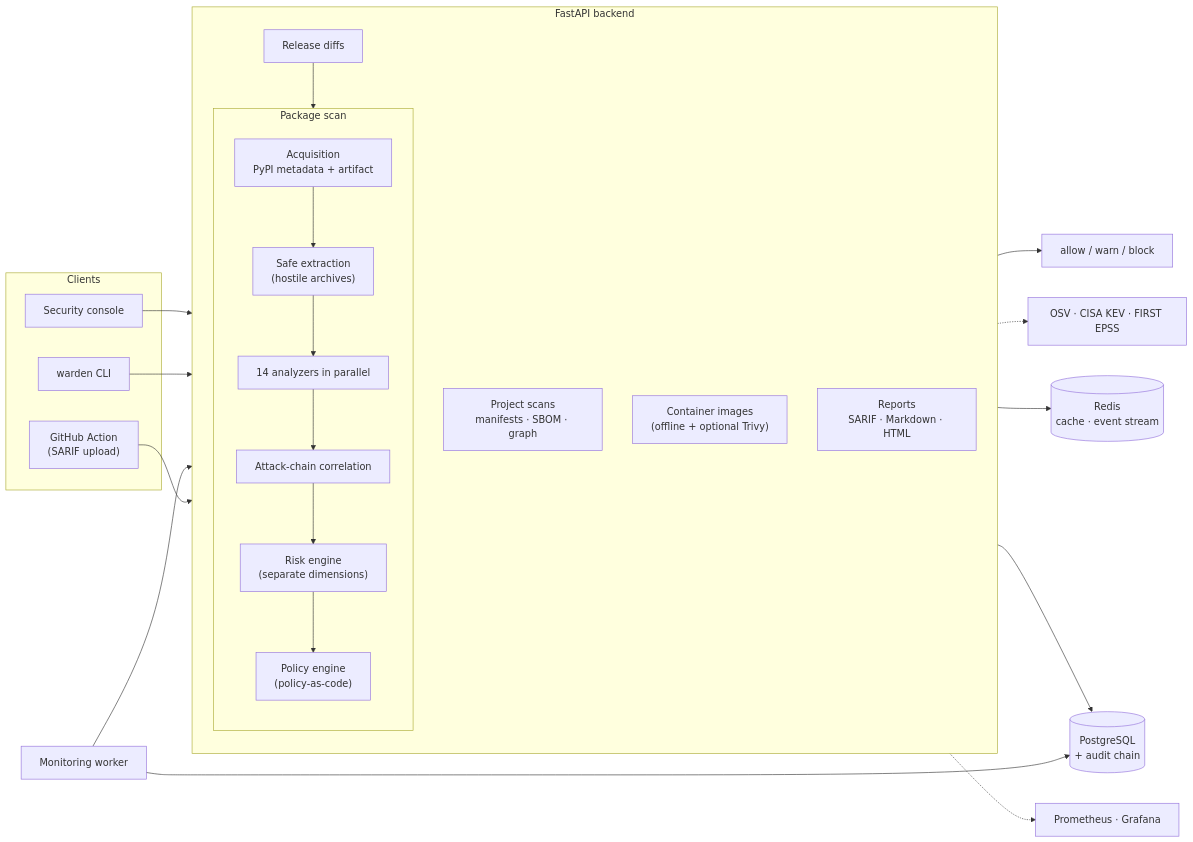
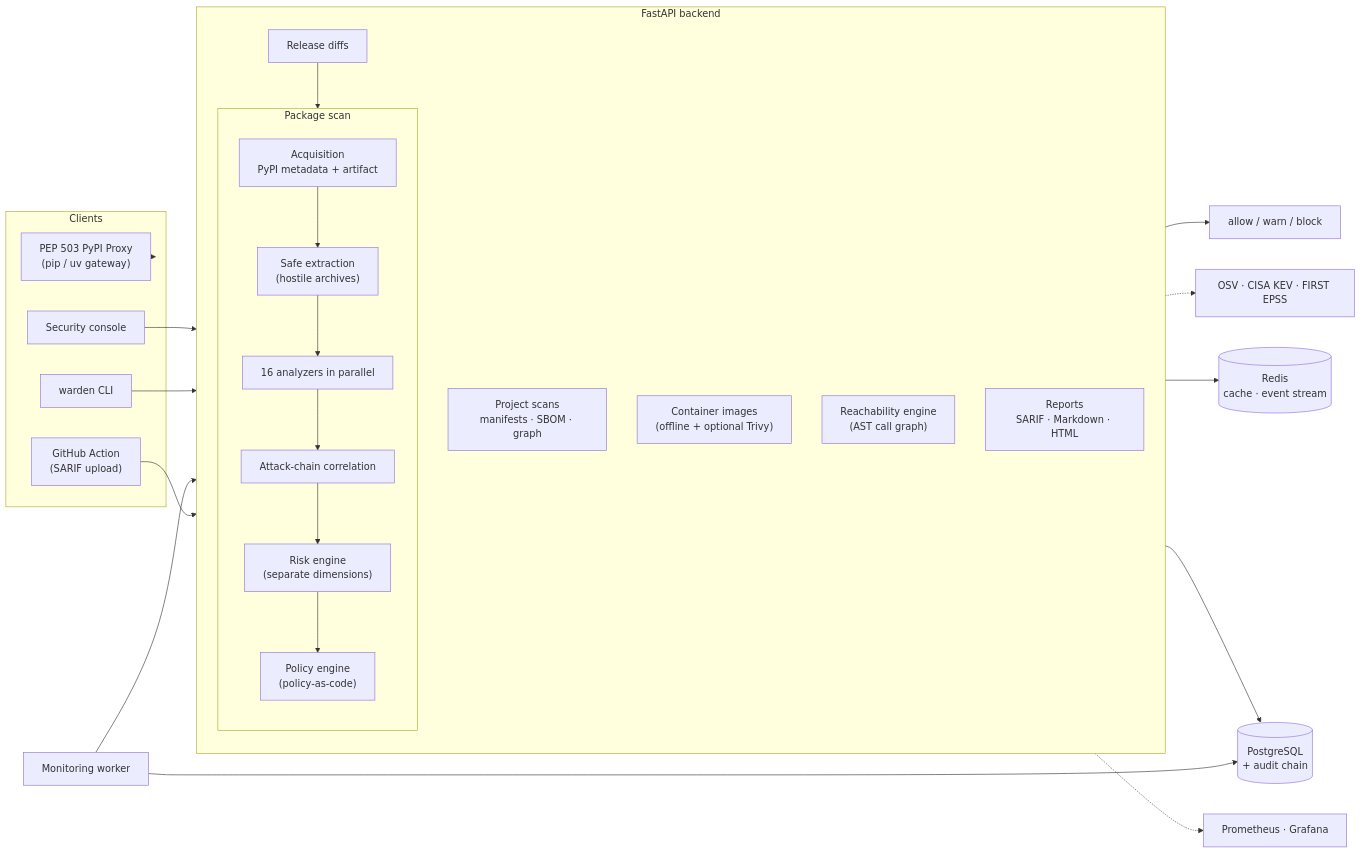
The diagram in README.md (rakshit-737/warden-supply-chain-security), drawn with Mermaid before and after one commit. The commit also changed other lines of this file and 4 other files, not shown here.

````diff
--- a/README.md
+++ b/README.md
@@ -63,35 +63,38 @@
 ```mermaid
 flowchart LR
   subgraph Clients
     CLI["warden CLI"]
     GHA["GitHub Action<br/>(SARIF upload)"]
     UI["Security console"]
+    PROXY["PEP 503 PyPI Proxy<br/>(pip / uv gateway)"]
   end
   subgraph API["FastAPI backend"]
     direction TB
     subgraph PKG["Package scan"]
       direction TB
       ACQ["Acquisition<br/>PyPI metadata + artifact"] --> EXT["Safe extraction<br/>(hostile archives)"]
-      EXT --> AZ["14 analyzers in parallel"]
+      EXT --> AZ["16 analyzers in parallel"]
       AZ --> COR["Attack-chain correlation"]
       COR --> RISK["Risk engine<br/>(separate dimensions)"]
       RISK --> POL["Policy engine<br/>(policy-as-code)"]
     end
     PROJ["Project scans<br/>manifests · SBOM · graph"]
     DIFF["Release diffs"]
     CTR["Container images<br/>(offline + optional Trivy)"]
+    REACH["Reachability engine<br/>(AST call graph)"]
     REP["Reports<br/>SARIF · Markdown · HTML"]
   end
   WORKER["Monitoring worker"]
   CLI --> API
   GHA --> PROJ
   UI --> API
+  PROXY --> PKG
   POL --> V["allow / warn / block"]
   DIFF --> PKG
   WORKER --> DIFF
   API --> DB[("PostgreSQL<br/>+ audit chain")]
   WORKER --> DB
   API --> RC[("Redis<br/>cache · event stream")]
   AZ -.-> INTEL["OSV · CISA KEV · FIRST EPSS"]
   API -.-> PROM["Prometheus · Grafana"]
 ```
````
